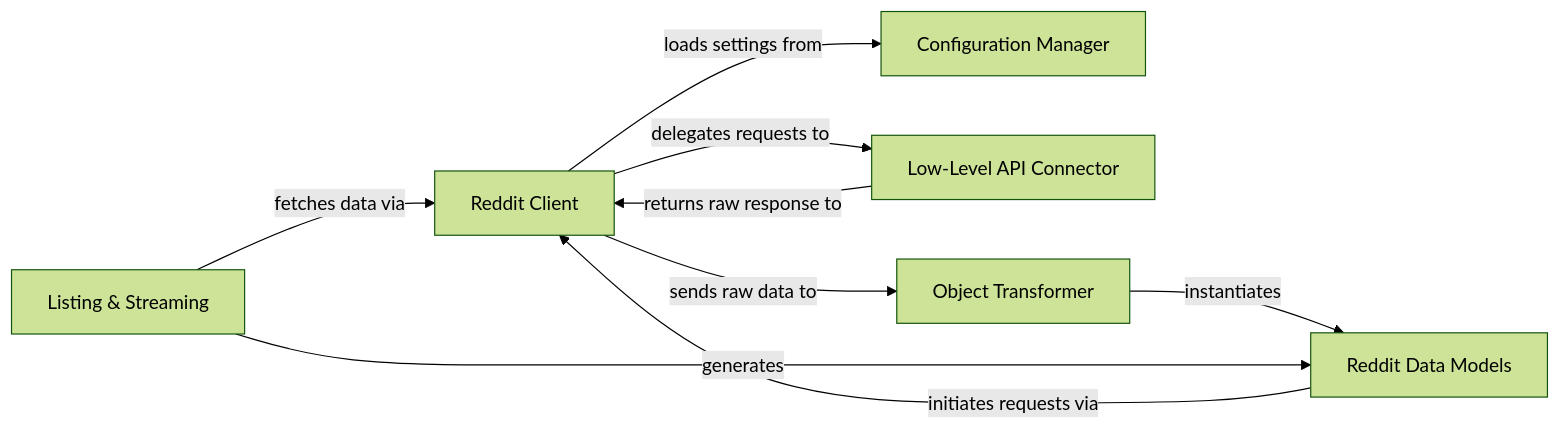
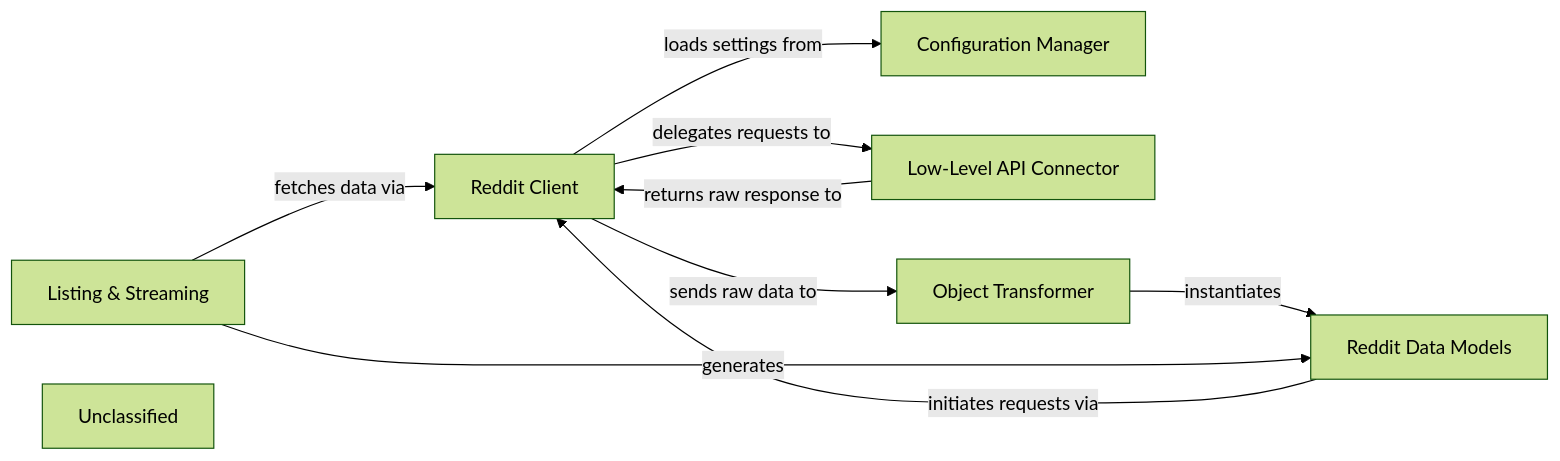
One commit to praw-dev/praw changed the diagram in docs/architecture_overview/overview.rst. Above: the diagram before and after it, drawn with Mermaid (forest theme). The commit also changed other lines of this file and 16 other files, not shown here.

```diff
--- a/docs/architecture_overview/overview.rst
+++ b/docs/architecture_overview/overview.rst
@@ -4,22 +4,24 @@
 .. mermaid::
 
    graph LR
       Reddit_Client["Reddit Client"]
       Configuration_Manager["Configuration Manager"]
       Low_Level_API_Connector["Low-Level API Connector"]
       Object_Transformer["Object Transformer"]
       Reddit_Data_Models["Reddit Data Models"]
       Listing_Streaming["Listing & Streaming"]
+      Unclassified["Unclassified"]
       Reddit_Client -- "loads settings from" --> Configuration_Manager
       Reddit_Client -- "delegates requests to" --> Low_Level_API_Connector
       Low_Level_API_Connector -- "returns raw response to" --> Reddit_Client
       Reddit_Client -- "sends raw data to" --> Object_Transformer
       Object_Transformer -- "instantiates" --> Reddit_Data_Models
       Reddit_Data_Models -- "initiates requests via" --> Reddit_Client
       Listing_Streaming -- "fetches data via" --> Reddit_Client
       Listing_Streaming -- "generates" --> Reddit_Data_Models
       click Reddit_Client href "https://github.com/CodeBoarding/praw/blob/main/.codeboarding/Reddit_Client.html" "Details"
+      click Configuration_Manager href "https://github.com/CodeBoarding/praw/blob/main/.codeboarding/Configuration_Manager.html" "Details"
       click Low_Level_API_Connector href "https://github.com/CodeBoarding/praw/blob/main/.codeboarding/Low_Level_API_Connector.html" "Details"
       click Object_Transformer href "https://github.com/CodeBoarding/praw/blob/main/.codeboarding/Object_Transformer.html" "Details"
       click Reddit_Data_Models href "https://github.com/CodeBoarding/praw/blob/main/.codeboarding/Reddit_Data_Models.html" "Details"
       click Listing_Streaming href "https://github.com/CodeBoarding/praw/blob/main/.codeboarding/Listing_Streaming.html" "Details"
```
